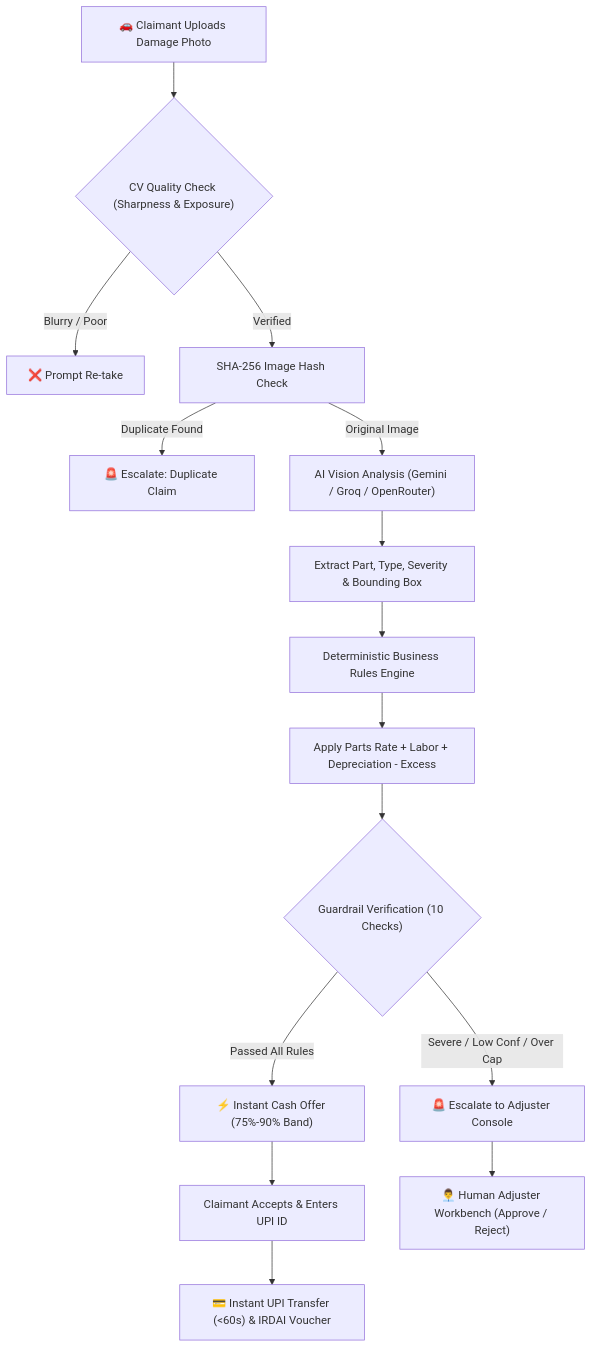
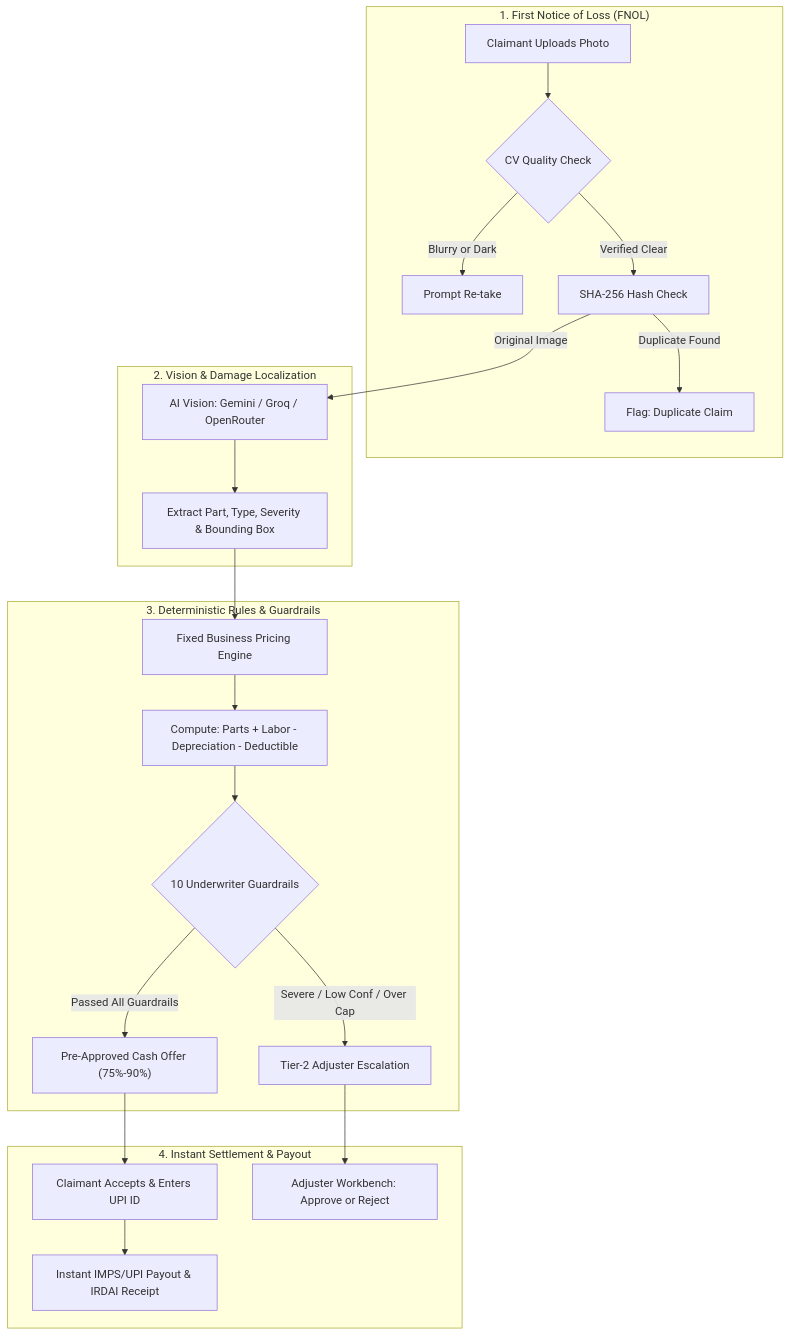
Before and after one commit to namang34/Auto-Settle-AI: the diagram in README.md, drawn with Mermaid. The commit also changed other lines of this file, not shown here.

Commit message:
Fix: rewrite Mermaid diagram with standard subgraphs and edge syntax plus add architecture table

````diff
--- a/README.md
+++ b/README.md
@@ -64,17 +64,28 @@
 ```mermaid
 flowchart TD
-    A["🚗 Claimant Uploads Damage Photo"] --> B{"CV Quality Check (Sharpness & Exposure)"}
-    B -- "Blurry / Poor" --> B1["❌ Prompt Re-take"]
-    B -- "Verified" --> C["SHA-256 Image Hash Check"]
-    C -- "Duplicate Found" --> D["🚨 Escalate: Duplicate Claim"]
-    C -- "Original Image" --> E["AI Vision Analysis (Gemini / Groq / OpenRouter)"]
-    E --> F["Extract Part, Type, Severity & Bounding Box"]
-    F --> G["Deterministic Business Rules Engine"]
-    G --> H["Apply Parts Rate + Labor + Depreciation - Excess"]
-    H --> I{"Guardrail Verification (10 Checks)"}
-    I -- "Severe / Low Conf / Over Cap" --> J["🚨 Escalate to Adjuster Console"]
-    I -- "Passed All Rules" --> K["⚡ Instant Cash Offer (75%-90% Band)"]
-    K --> L["Claimant Accepts & Enters UPI ID"]
-    L --> M["💳 Instant UPI Transfer (<60s) & IRDAI Voucher"]
-    J --> N["👨‍💼 Human Adjuster Workbench (Approve / Reject)"]
+    subgraph Intake["1. First Notice of Loss (FNOL)"]
+        A["Claimant Uploads Photo"] --> B{"CV Quality Check"}
+        B -->|Blurry or Dark| B1["Prompt Re-take"]
+        B -->|Verified Clear| C["SHA-256 Hash Check"]
+        C -->|Duplicate Found| D["Flag: Duplicate Claim"]
+    end
+
+    subgraph Vision["2. Vision & Damage Localization"]
+        C -->|Original Image| E["AI Vision: Gemini / Groq / OpenRouter"]
+        E --> F["Extract Part, Type, Severity & Bounding Box"]
+    end
+
+    subgraph Valuation["3. Deterministic Rules & Guardrails"]
+        F --> G["Fixed Business Pricing Engine"]
+        G --> H["Compute: Parts + Labor - Depreciation - Deductible"]
+        H --> I{"10 Underwriter Guardrails"}
+        I -->|Severe / Low Conf / Over Cap| J["Tier-2 Adjuster Escalation"]
+        I -->|Passed All Guardrails| K["Pre-Approved Cash Offer (75%-90%)"]
+    end
+
+    subgraph Payout["4. Instant Settlement & Payout"]
+        K --> L["Claimant Accepts & Enters UPI ID"]
+        L --> M["Instant IMPS/UPI Payout & IRDAI Receipt"]
+        J --> N["Adjuster Workbench: Approve or Reject"]
+    end
 ```
````
